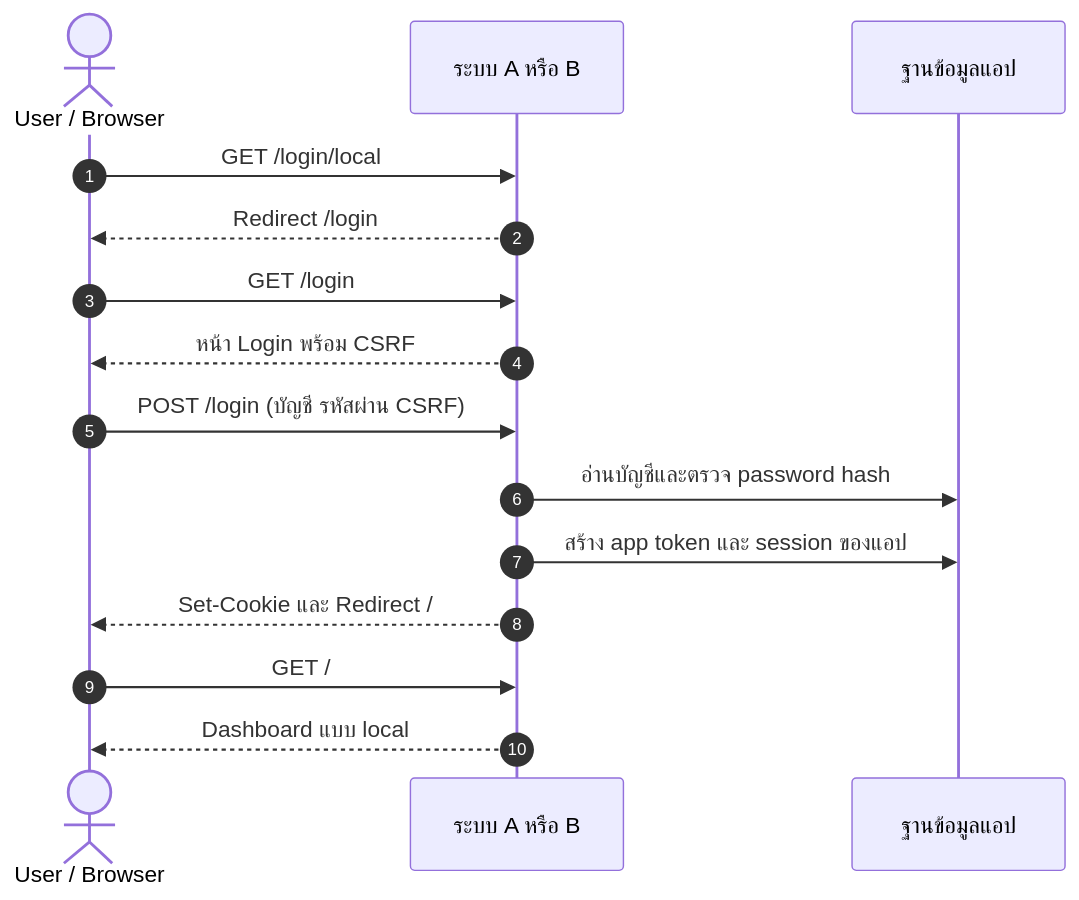
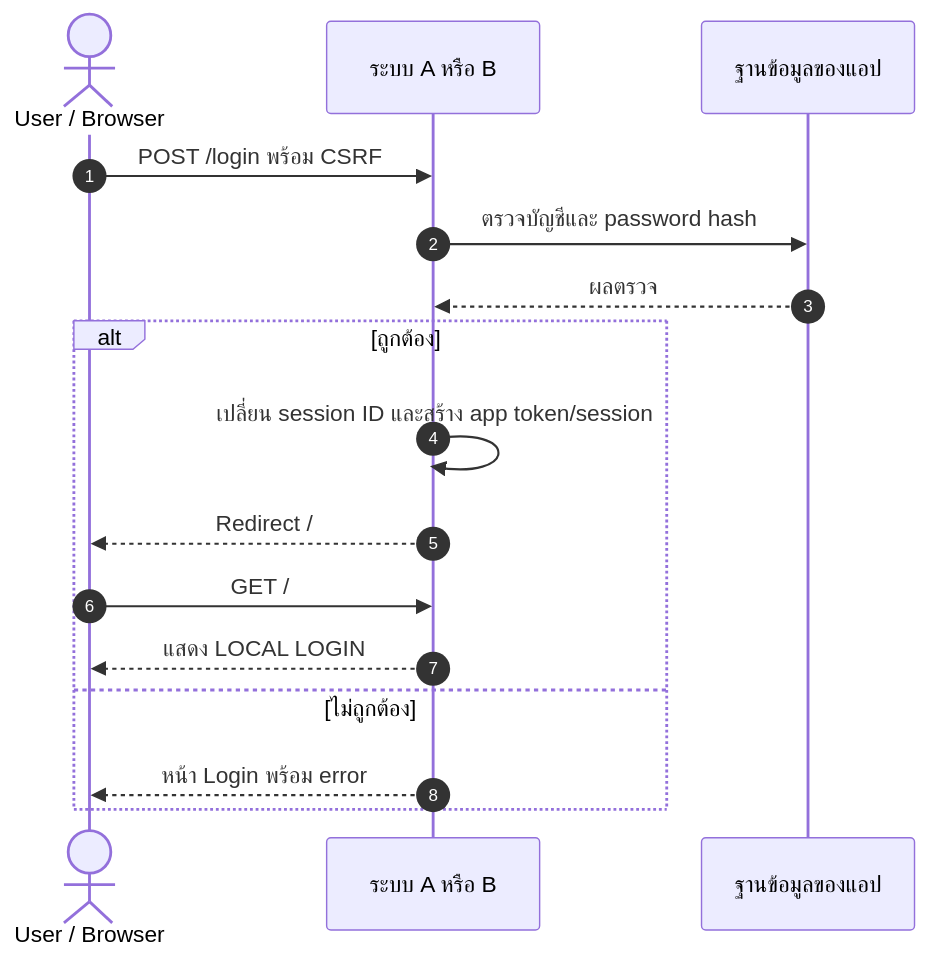
Before and after one commit to Sin1apachai/poc_sso: the first of 20 diagrams in docs/flows/LOGIN-AND-SESSION.md, drawn with Mermaid. The commit also changed other lines of this file and 149 other files, not shown here.

First line of the commit message:
Use one shared SSO token and simplify login handoff

````diff
--- a/docs/flows/LOGIN-AND-SESSION.md
+++ b/docs/flows/LOGIN-AND-SESSION.md
@@ -13,17 +11,18 @@
 ```mermaid
 sequenceDiagram
     autonumber
-    actor U as User / Browser
+actor U as User / Browser
     participant A as ระบบ A หรือ B
-    participant D as ฐานข้อมูลแอป
-    U->>A: GET /login/local
-    A-->>U: Redirect /login
-    U->>A: GET /login
-    A-->>U: หน้า Login พร้อม CSRF
-    U->>A: POST /login (บัญชี รหัสผ่าน CSRF)
-    A->>D: อ่านบัญชีและตรวจ password hash
-    A->>D: สร้าง app token และ session ของแอป
-    A-->>U: Set-Cookie และ Redirect /
-    U->>A: GET /
-    A-->>U: Dashboard แบบ local
+    participant D as ฐานข้อมูลของแอป
+    U->>A: POST /login พร้อม CSRF
+    A->>D: ตรวจบัญชีและ password hash
+    D-->>A: ผลตรวจ
+    alt ถูกต้อง
+        A->>A: เปลี่ยน session ID และสร้าง app token/session
+        A-->>U: Redirect /
+        U->>A: GET /
+        A-->>U: แสดง LOCAL LOGIN
+    else ไม่ถูกต้อง
+        A-->>U: หน้า Login พร้อม error
+    end
 ```
````
